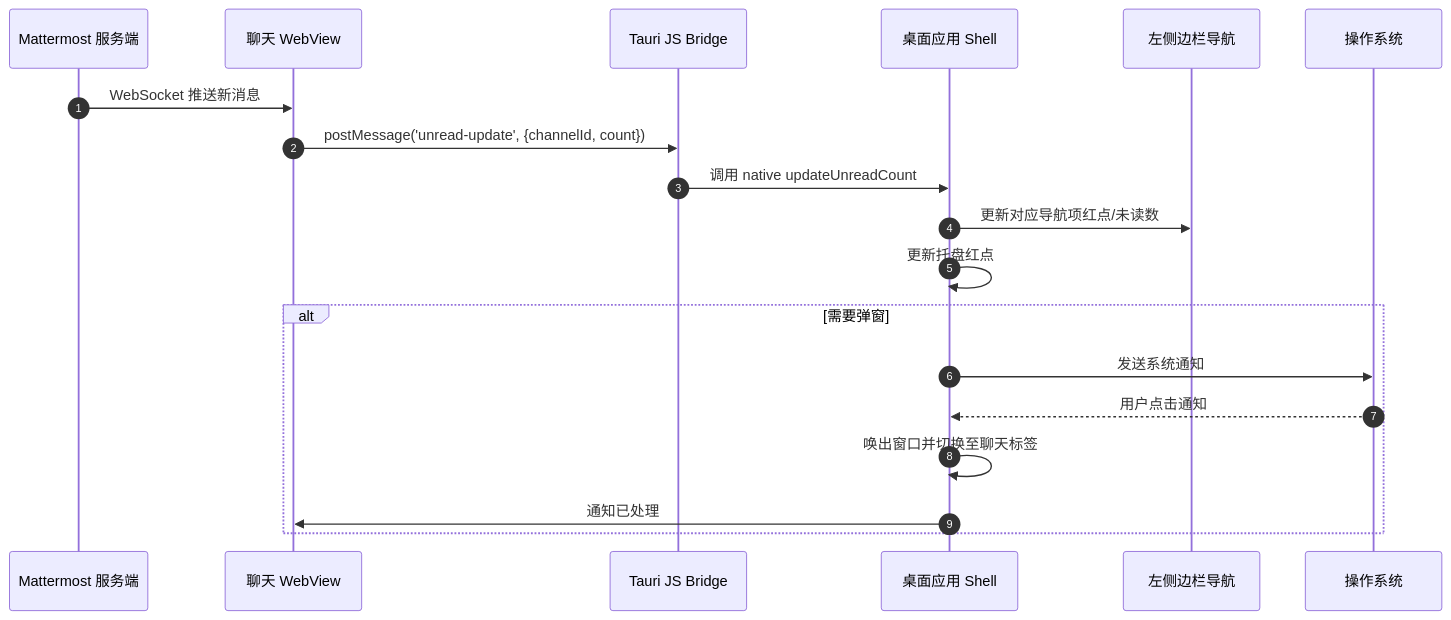
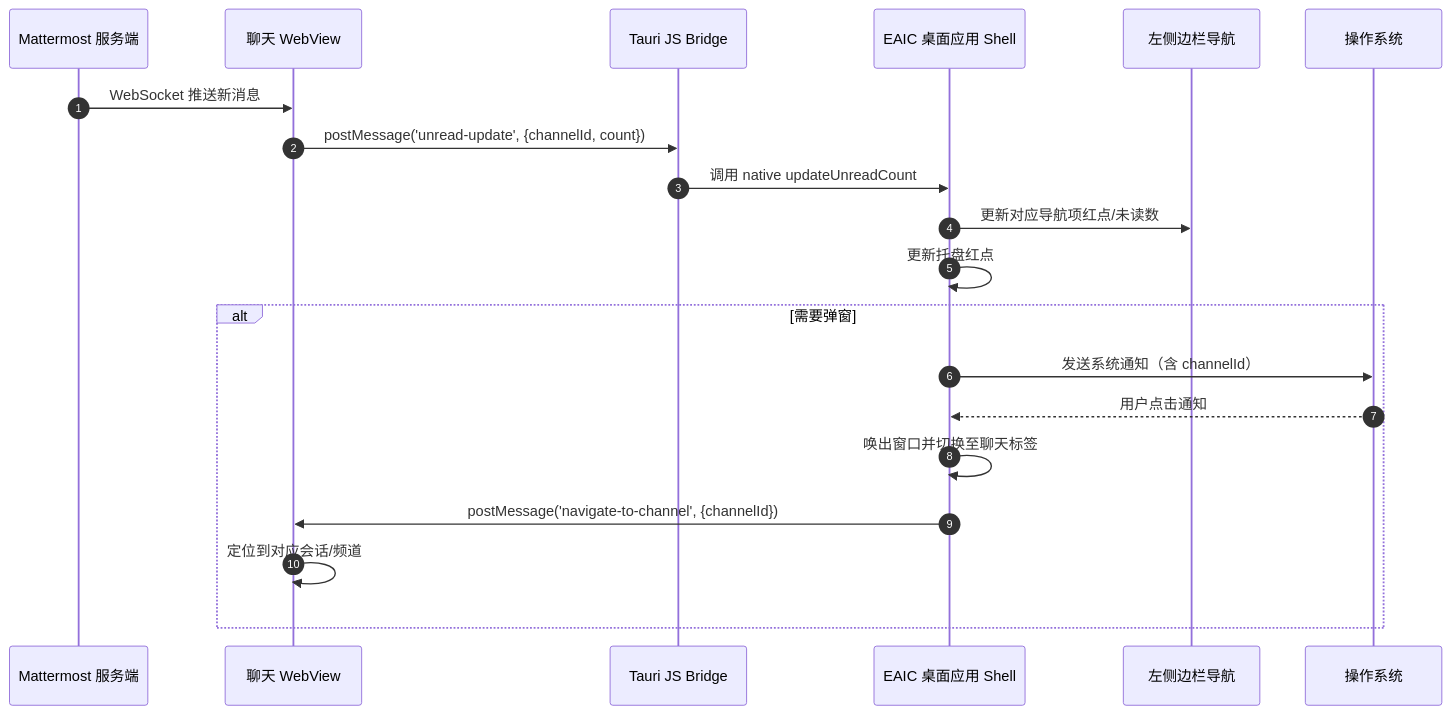
The third of 4 diagrams in issue-11/designs/issue-11/flows.md (sushanglewis/WeLink), drawn with Mermaid before and after one commit. The commit also changed other lines of this file and 10 other files, not shown here.

````diff
--- a/issue-11/designs/issue-11/flows.md
+++ b/issue-11/designs/issue-11/flows.md
@@ -56,22 +64,23 @@
 ```mermaid
 sequenceDiagram
     autonumber
     participant MM as Mattermost 服务端
     participant WV as 聊天 WebView
     participant Bridge as Tauri JS Bridge
-    participant App as 桌面应用 Shell
+    participant App as EAIC 桌面应用 Shell
     participant Sidebar as 左侧边栏导航
     participant OS as 操作系统
 
     MM->>WV: WebSocket 推送新消息
     WV->>Bridge: postMessage('unread-update', {channelId, count})
     Bridge->>App: 调用 native updateUnreadCount
     App->>Sidebar: 更新对应导航项红点/未读数
     App->>App: 更新托盘红点
     alt 需要弹窗
-        App->>OS: 发送系统通知
+        App->>OS: 发送系统通知（含 channelId）
         OS-->>App: 用户点击通知
         App->>App: 唤出窗口并切换至聊天标签
-        App->>WV: 通知已处理
+        App->>WV: postMessage('navigate-to-channel', {channelId})
+        WV->>WV: 定位到对应会话/频道
     end
 ```
````
